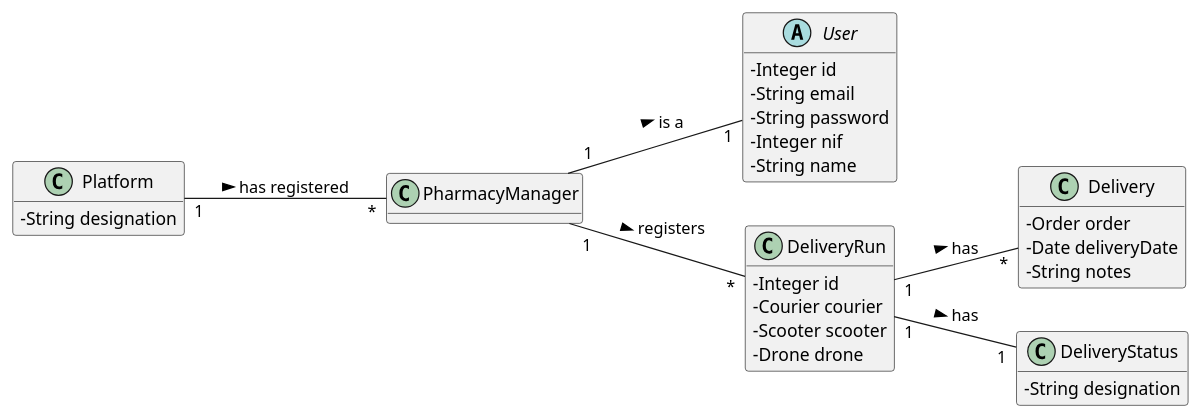
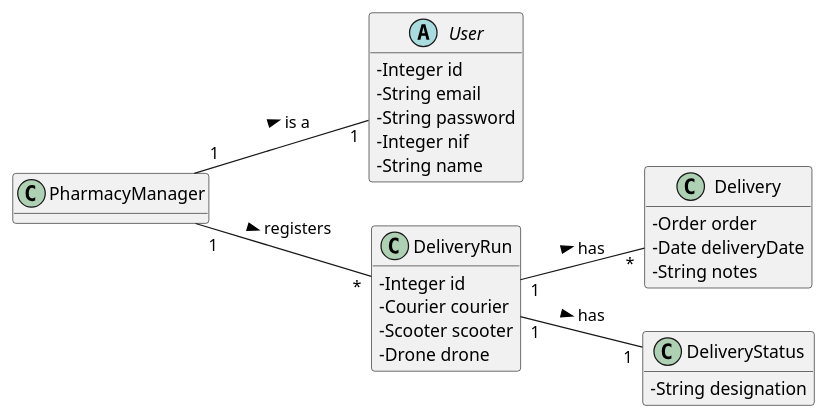
The diagram in docs/Iteration 2/Delivery Management/US206_RegisterDeliveryRun/US206_DM.puml (tiagoavcosta25/LAPR3), drawn with PlantUML before and after one commit. The commit also changed 3 other files, not shown here.

```diff
--- a/docs/Iteration 2/Delivery Management/US206_RegisterDeliveryRun/US206_DM.puml
+++ b/docs/Iteration 2/Delivery Management/US206_RegisterDeliveryRun/US206_DM.puml
@@ -1,47 +1,41 @@
 @startuml
 skinparam classAttributeIconSize 0
 hide methods
 left to right direction
-
-class Platform {
--   String designation
-}
-
 
 class PharmacyManager{
 
 }
 
 abstract class User{
 -Integer id
 -String email
 -String password
 -Integer nif
 -String name
 }
 
 class Delivery{
 -Order order
 -Date deliveryDate
 -String notes
 }
 
 class DeliveryRun{
 -Integer id
 -Courier courier
 -Scooter scooter
 -Drone drone
 }
 
 class DeliveryStatus{
 -String designation
 }
 
 
-Platform "1" -- "*" PharmacyManager : has registered >
 PharmacyManager "1" -- "1" User : is a >
 DeliveryRun "1" -- "*" Delivery : has >
 DeliveryRun"1" -- "1" DeliveryStatus : has >
 PharmacyManager "1" -- "*" DeliveryRun : registers >
 
 @enduml
```
